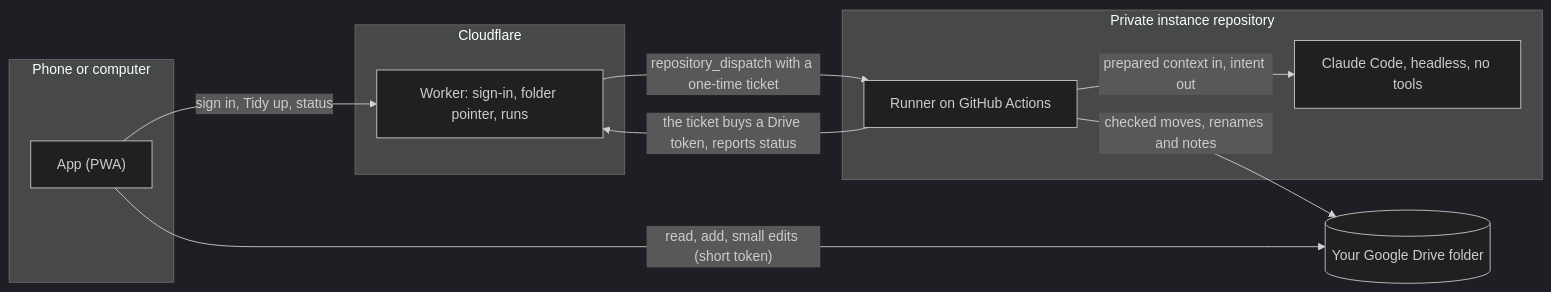
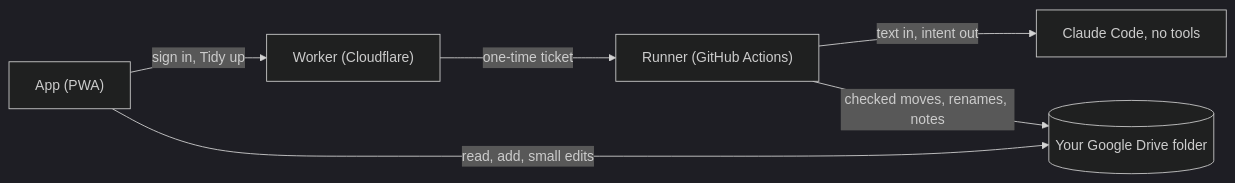
The diagram in README.md (deluispablo/bower), drawn with Mermaid (dark theme) before and after one commit. The commit also changed other lines of this file and 12 other files, not shown here.

````diff
--- a/README.md
+++ b/README.md
@@ -152,21 +67,8 @@
 ```mermaid
 flowchart LR
-    subgraph device["Phone or computer"]
-        App["App (PWA)"]
-    end
-    subgraph cf["Cloudflare"]
-        Worker["Worker: sign-in, folder pointer, runs"]
-    end
-    subgraph actions["Private instance repository"]
-        Runner["Runner on GitHub Actions"]
-        Claude["Claude Code, headless, no tools"]
-    end
-    Drive[("Your Google Drive folder")]
-
-    App -- "sign in, Tidy up, status" --> Worker
-    App -- "read, add, small edits (short token)" --> Drive
-    Worker -- "repository_dispatch with a one-time ticket" --> Runner
-    Runner -- "the ticket buys a Drive token, reports status" --> Worker
-    Runner -- "prepared context in, intent out" --> Claude
-    Runner -- "checked moves, renames and notes" --> Drive
+    App["App (PWA)"] -- "sign in, Tidy up" --> Worker["Worker (Cloudflare)"]
+    App -- "read, add, small edits" --> Drive[("Your Google Drive folder")]
+    Worker -- "one-time ticket" --> Runner["Runner (GitHub Actions)"]
+    Runner -- "text in, intent out" --> Claude["Claude Code, no tools"]
+    Runner -- "checked moves, renames, notes" --> Drive
 ```
````
